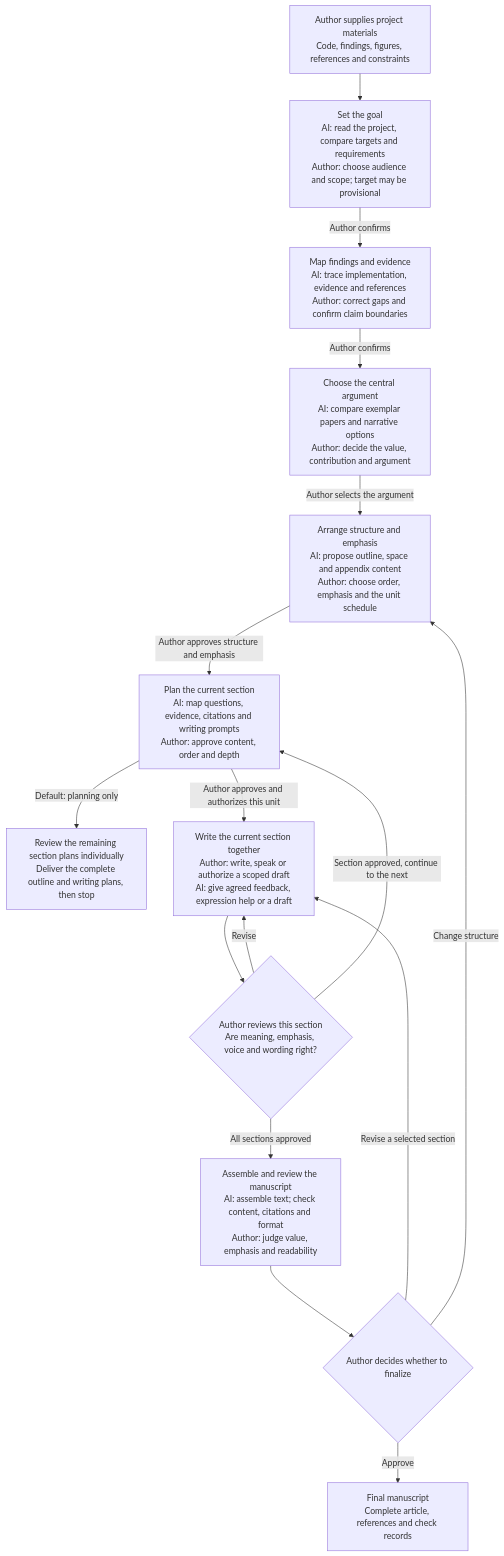
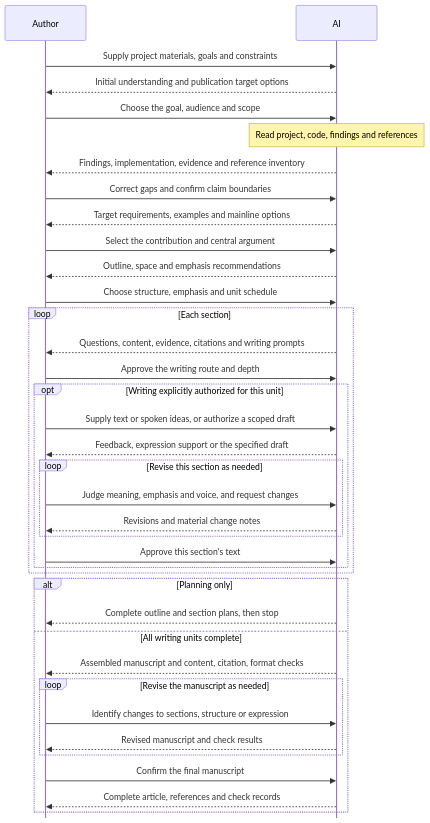
Before and after one commit to SAFuDarren/paper-shaper: the diagram in README.md, drawn with Mermaid. The commit also changed 3 other files, not shown here.

````diff
--- a/README.md
+++ b/README.md
@@ -17,31 +17,57 @@
 ```mermaid
-flowchart TD
-    A["Author supplies project materials<br/>Code, findings, figures, references and constraints"]
-    B["Set the goal<br/>AI: read the project, compare targets and requirements<br/>Author: choose audience and scope; target may be provisional"]
-    C["Map findings and evidence<br/>AI: trace implementation, evidence and references<br/>Author: correct gaps and confirm claim boundaries"]
-    D["Choose the central argument<br/>AI: compare exemplar papers and narrative options<br/>Author: decide the value, contribution and argument"]
-    E["Arrange structure and emphasis<br/>AI: propose outline, space and appendix content<br/>Author: choose order, emphasis and the unit schedule"]
-    F["Plan the current section<br/>AI: map questions, evidence, citations and writing prompts<br/>Author: approve content, order and depth"]
-    P["Review the remaining section plans individually<br/>Deliver the complete outline and writing plans, then stop"]
-    G["Write the current section together<br/>Author: write, speak or authorize a scoped draft<br/>AI: give agreed feedback, expression help or a draft"]
-    H{"Author reviews this section<br/>Are meaning, emphasis, voice and wording right?"}
-    I["Assemble and review the manuscript<br/>AI: assemble text; check content, citations and format<br/>Author: judge value, emphasis and readability"]
-    J{"Author decides whether to finalize"}
-    K["Final manuscript<br/>Complete article, references and check records"]
+---
+config:
+  sequence:
+    actorMargin: 100
+    messageMargin: 26
+    mirrorActors: false
+    noteMargin: 12
+---
+sequenceDiagram
+    participant H as Author
+    participant A as AI
 
-    A --> B
-    B -->|Author confirms| C
-    C -->|Author confirms| D
-    D -->|Author selects the argument| E
-    E -->|Author approves structure and emphasis| F
-    F -->|Default: planning only| P
-    F -->|Author approves and authorizes this unit| G
-    G --> H
-    H -->|Revise| G
-    H -->|Section approved, continue to the next| F
-    H -->|All sections approved| I
-    I --> J
-    J -->|Revise a selected section| G
-    J -->|Change structure| E
-    J -->|Approve| K
+    H->>A: Supply project materials, goals and constraints
+    A-->>H: Initial understanding and publication target options
+    H->>A: Choose the goal, audience and scope
+
+    Note over A: Read project, code, findings and references
+    A-->>H: Findings, implementation, evidence and reference inventory
+    H->>A: Correct gaps and confirm claim boundaries
+
+    A-->>H: Target requirements, examples and mainline options
+    H->>A: Select the contribution and central argument
+    A-->>H: Outline, space and emphasis recommendations
+    H->>A: Choose structure, emphasis and unit schedule
+
+    loop Each section
+        A-->>H: Questions, content, evidence, citations and writing prompts
+        H->>A: Approve the writing route and depth
+
+        opt Writing explicitly authorized for this unit
+            H->>A: Supply text or spoken ideas, or authorize a scoped draft
+            A-->>H: Feedback, expression support or the specified draft
+
+            loop Revise this section as needed
+                H->>A: Judge meaning, emphasis and voice, and request changes
+                A-->>H: Revisions and material change notes
+            end
+
+            H->>A: Approve this section's text
+        end
+    end
+
+    alt Planning only
+        A-->>H: Complete outline and section plans, then stop
+    else All writing units complete
+        A-->>H: Assembled manuscript and content, citation, format checks
+
+        loop Revise the manuscript as needed
+            H->>A: Identify changes to sections, structure or expression
+            A-->>H: Revised manuscript and check results
+        end
+
+        H->>A: Confirm the final manuscript
+        A-->>H: Complete article, references and check records
+    end
 ```
````
